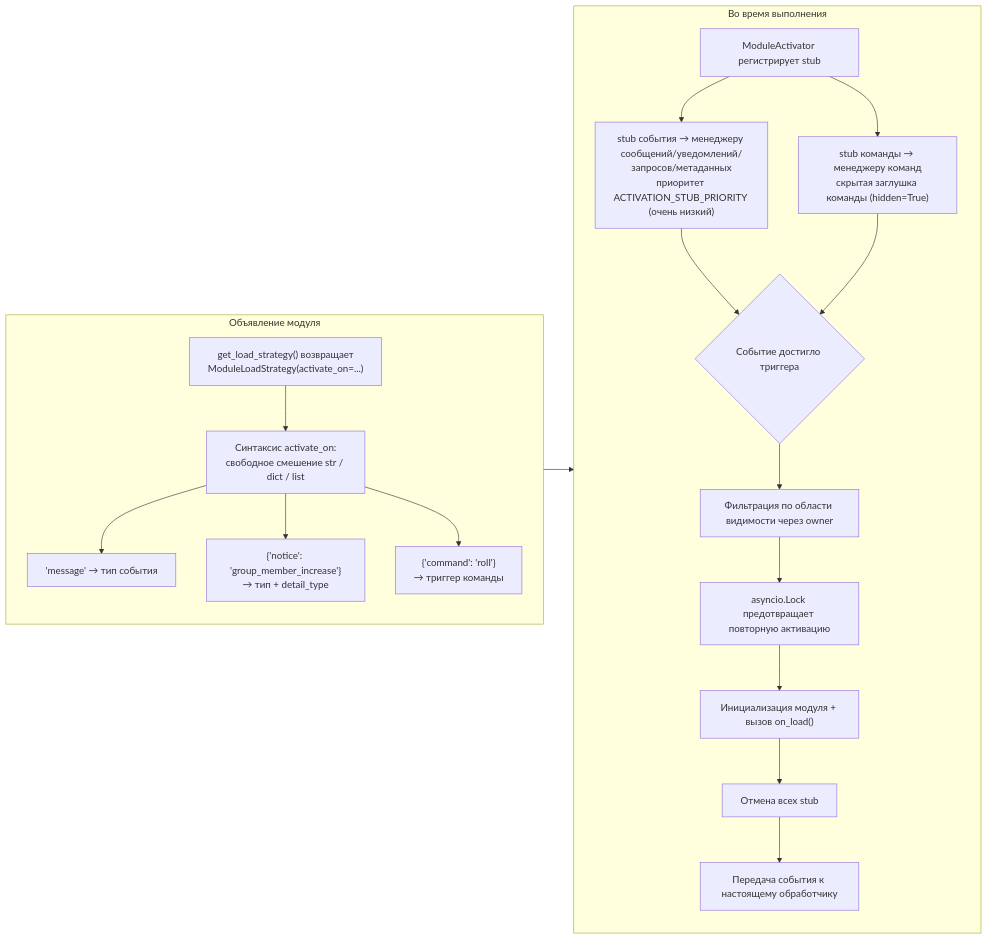
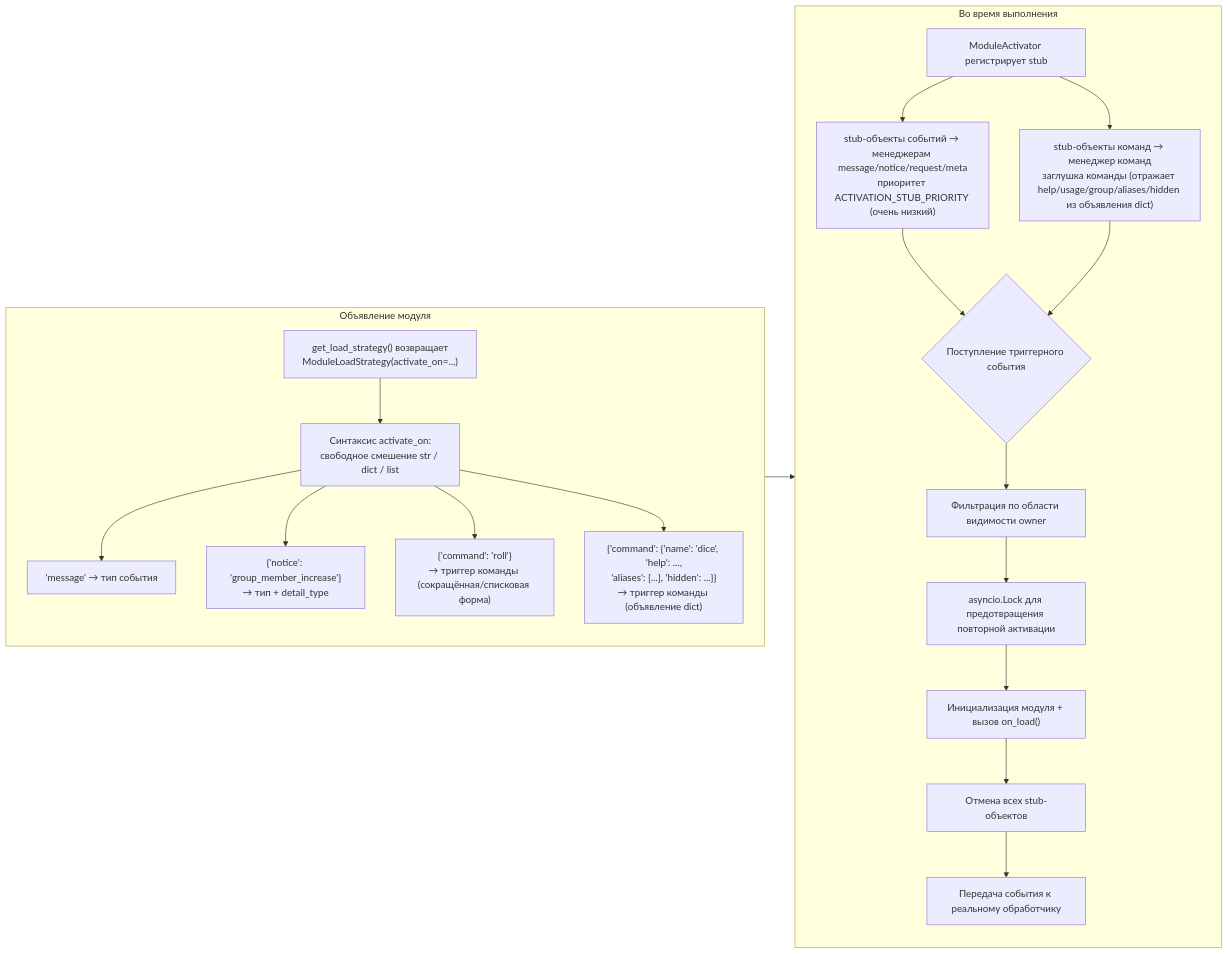
One commit to ErisPulse/ErisPulse changed the seventh of 9 diagrams in docs/ru/architecture.md. Above: the diagram before and after it, drawn with Mermaid. The commit also changed other lines of this file and 143 other files, not shown here.

````diff
--- a/docs/ru/architecture.md
+++ b/docs/ru/architecture.md
@@ -204,23 +225,24 @@
 ```mermaid
 flowchart LR
     subgraph Declare["Объявление модуля"]
         S1["get_load_strategy() возвращает<br/>ModuleLoadStrategy(activate_on=...)"] --> S2["Синтаксис activate_on:<br/>свободное смешение str / dict / list"]
         S2 --> S2a["'message' → тип события"]
         S2 --> S2b["{'notice': 'group_member_increase'}<br/>→ тип + detail_type"]
-        S2 --> S2c["{'command': 'roll'}<br/>→ триггер команды"]
+        S2 --> S2c["{'command': 'roll'}<br/>→ триггер команды (сокращённая/списковая форма)"]
+        S2 --> S2d["{'command': {'name': 'dice', 'help': ...,<br/>'aliases': [...], 'hidden': ...}}<br/>→ триггер команды (объявление dict)"]
     end
 
     subgraph Runtime["Во время выполнения"]
-        R1["ModuleActivator регистрирует stub"] --> R1a["stub события → менеджеру сообщений/уведомлений/запросов/метаданных<br/>приоритет ACTIVATION_STUB_PRIORITY (очень низкий)"]
-        R1 --> R1b["stub команды → менеджеру команд<br/>скрытая заглушка команды (hidden=True)"]
-        R1a --> R2{"Событие достигло триггера"}
+        R1["ModuleActivator регистрирует stub"] --> R1a["stub-объекты событий → менеджерам message/notice/request/meta<br/>приоритет ACTIVATION_STUB_PRIORITY (очень низкий)"]
+        R1 --> R1b["stub-объекты команд → менеджер команд<br/>заглушка команды (отражает help/usage/group/aliases/hidden из объявления dict)"]
+        R1a --> R2{"Поступление триггерного события"}
         R1b --> R2
-        R2 --> R3["Фильтрация по области видимости через owner"]
-        R3 --> R4["asyncio.Lock предотвращает повторную активацию"]
+        R2 --> R3["Фильтрация по области видимости owner"]
+        R3 --> R4["asyncio.Lock для предотвращения повторной активации"]
         R4 --> R5["Инициализация модуля + вызов on_load()"]
-        R5 --> R6["Отмена всех stub"]
-        R6 --> R7["Передача события к настоящему обработчику"]
+        R5 --> R6["Отмена всех stub-объектов"]
+        R6 --> R7["Передача события к реальному обработчику"]
     end
 
     Declare --> Runtime
 ```
````
